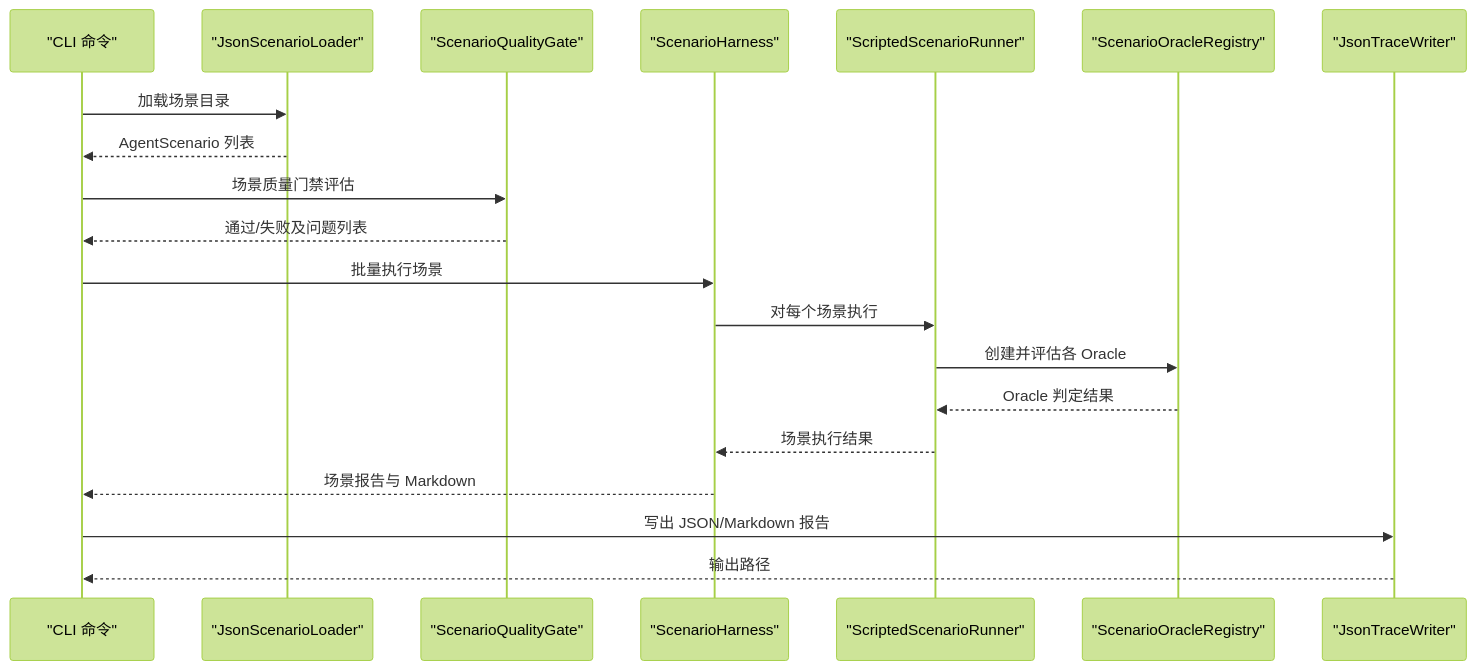
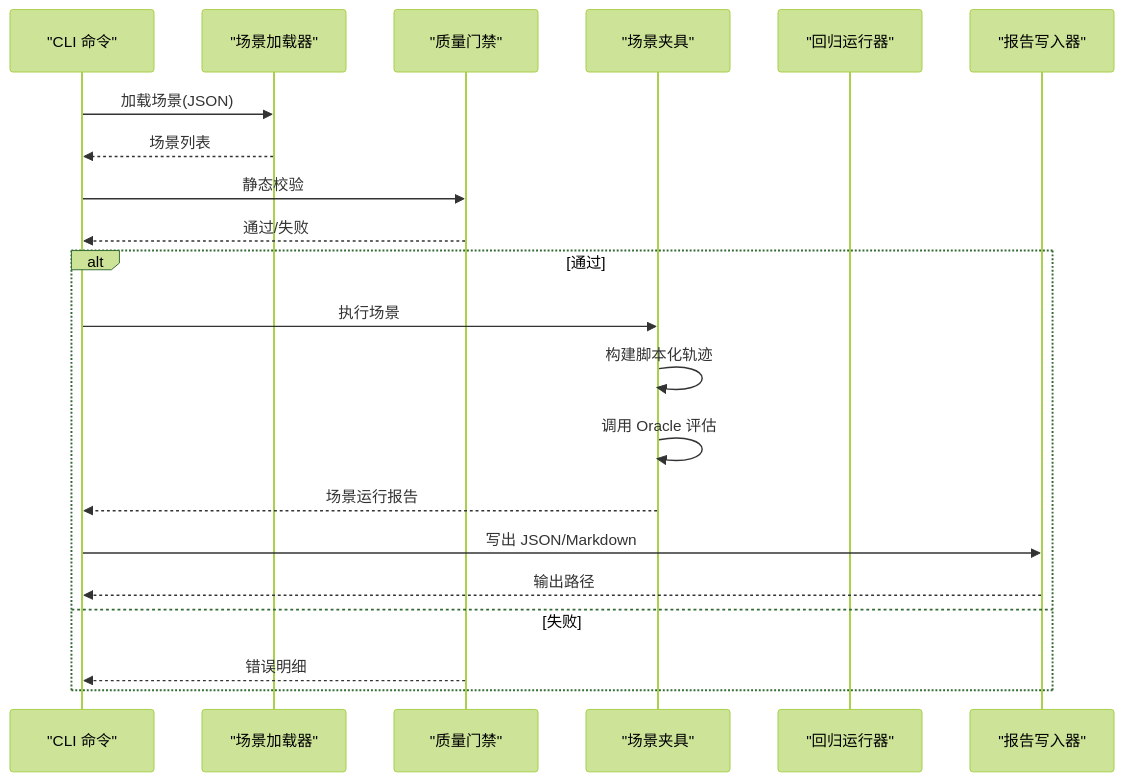
One commit to wayyet/kingcrab changed the second of 5 diagrams in .qoder/repowiki/zh/content/测试框架/测试架构设计.md. Above: the diagram before and after it, drawn with Mermaid (forest theme). The commit also changed other lines of this file and 431 other files, not shown here.

````diff
--- a/.qoder/repowiki/zh/content/测试框架/测试架构设计.md
+++ b/.qoder/repowiki/zh/content/测试框架/测试架构设计.md
@@ -103,22 +128,23 @@
 ```mermaid
 sequenceDiagram
 participant CLI as "CLI 命令"
-participant Loader as "JsonScenarioLoader"
-participant Gate as "ScenarioQualityGate"
-participant Harness as "ScenarioHarness"
-participant Runner as "ScriptedScenarioRunner"
-participant Registry as "ScenarioOracleRegistry"
-participant Writer as "JsonTraceWriter"
-CLI->>Loader : 加载场景目录
-Loader-->>CLI : AgentScenario 列表
-CLI->>Gate : 场景质量门禁评估
-Gate-->>CLI : 通过/失败及问题列表
-CLI->>Harness : 批量执行场景
-Harness->>Runner : 对每个场景执行
-Runner->>Registry : 创建并评估各 Oracle
-Registry-->>Runner : Oracle 判定结果
-Runner-->>Harness : 场景执行结果
-Harness-->>CLI : 场景报告与 Markdown
-CLI->>Writer : 写出 JSON/Markdown 报告
+participant Loader as "场景加载器"
+participant Gate as "质量门禁"
+participant Harness as "场景夹具"
+participant Runner as "回归运行器"
+participant Writer as "报告写入器"
+CLI->>Loader : 加载场景(JSON)
+Loader-->>CLI : 场景列表
+CLI->>Gate : 静态校验
+Gate-->>CLI : 通过/失败
+alt 通过
+CLI->>Harness : 执行场景
+Harness->>Harness : 构建脚本化轨迹
+Harness->>Harness : 调用 Oracle 评估
+Harness-->>CLI : 场景运行报告
+CLI->>Writer : 写出 JSON/Markdown
 Writer-->>CLI : 输出路径
+else 失败
+Gate-->>CLI : 错误明细
+end
 ```
````
